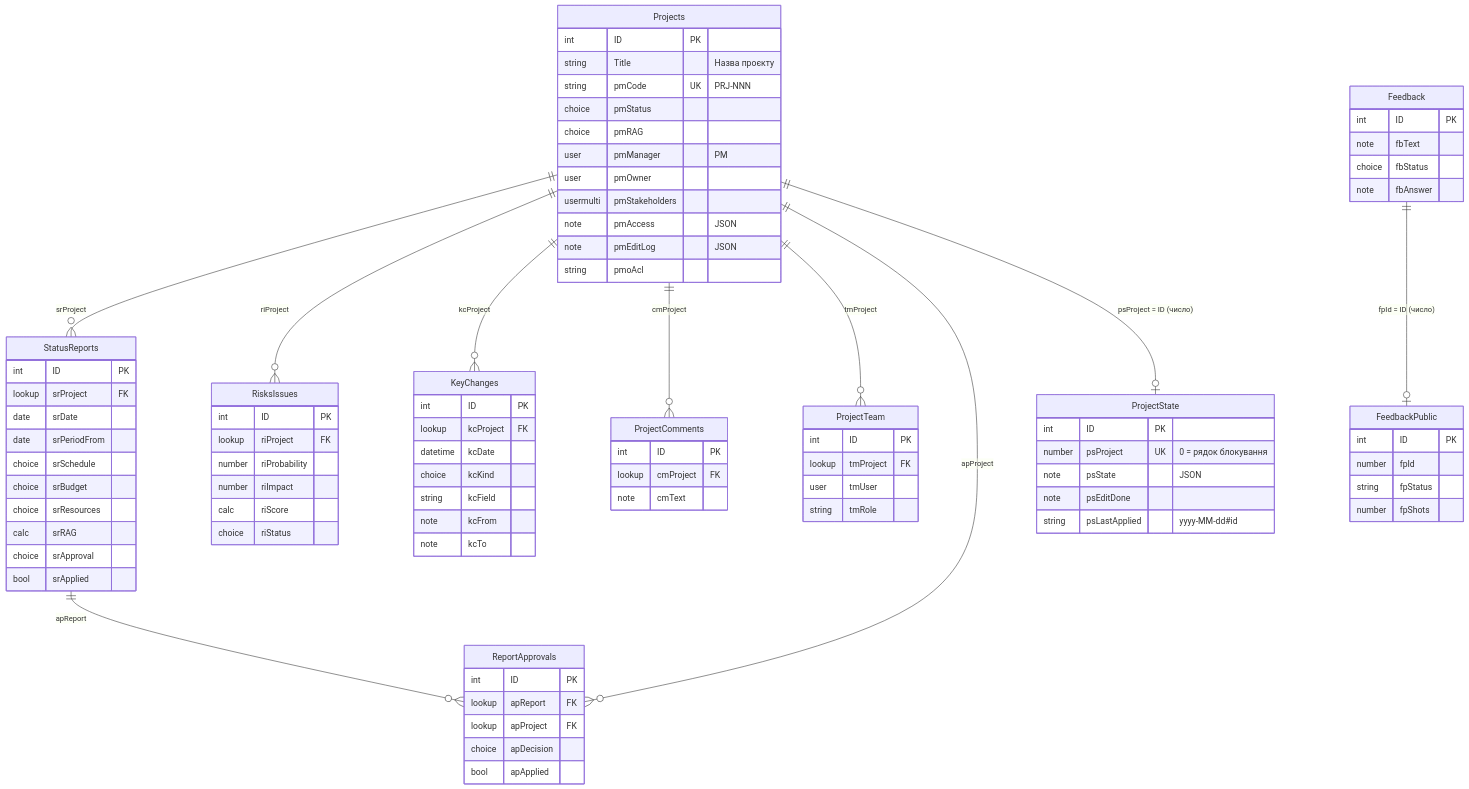
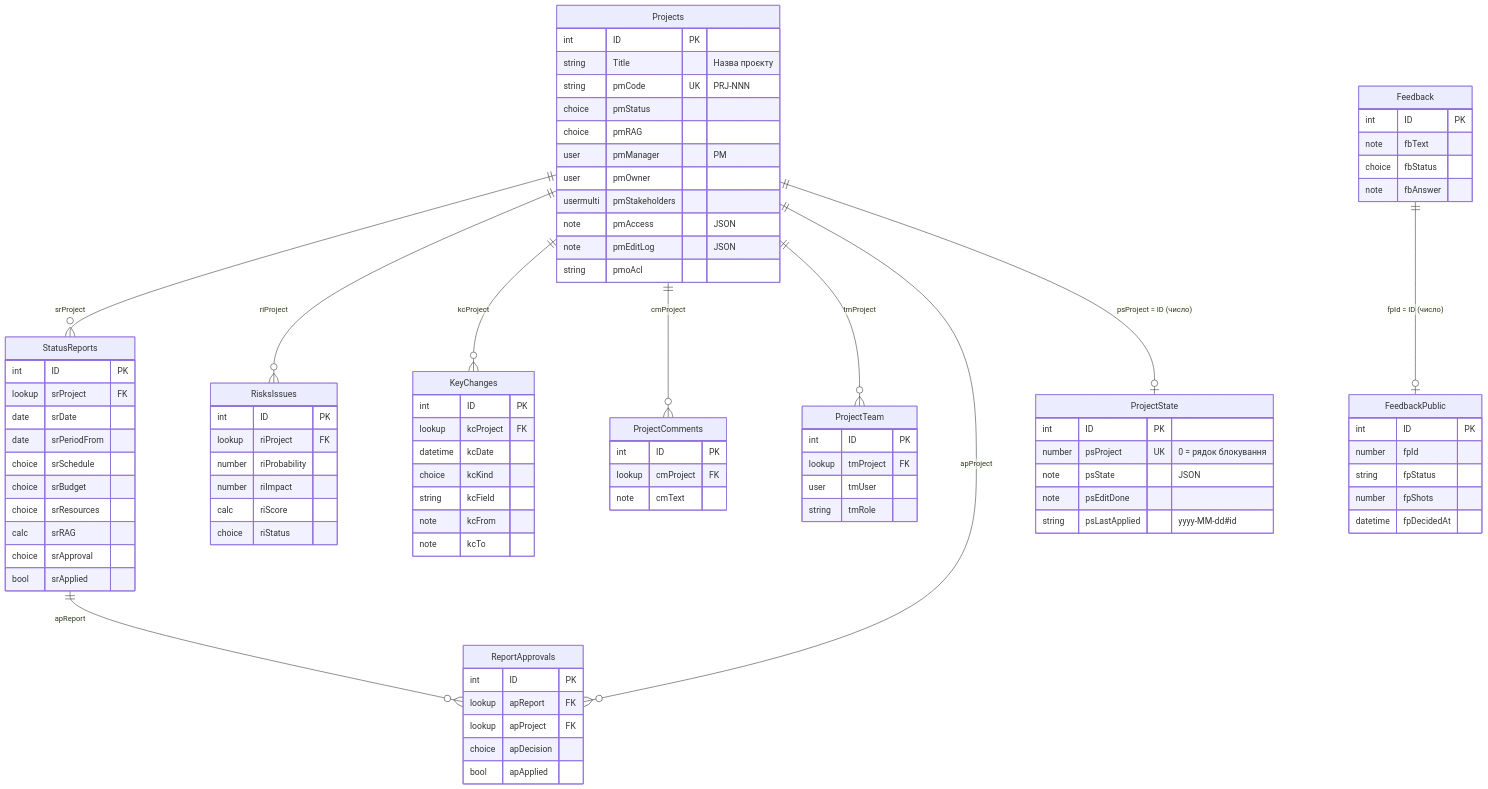
The diagram in docs/DATA-MODEL.md (Acidsly/pmo-portal), drawn with Mermaid before and after one commit. The commit also changed other lines of this file and 15 other files, not shown here.

````diff
--- a/docs/DATA-MODEL.md
+++ b/docs/DATA-MODEL.md
@@ -117,5 +117,6 @@
         number fpId
         string fpStatus
         number fpShots
+        datetime fpDecidedAt
     }
 ```
````
